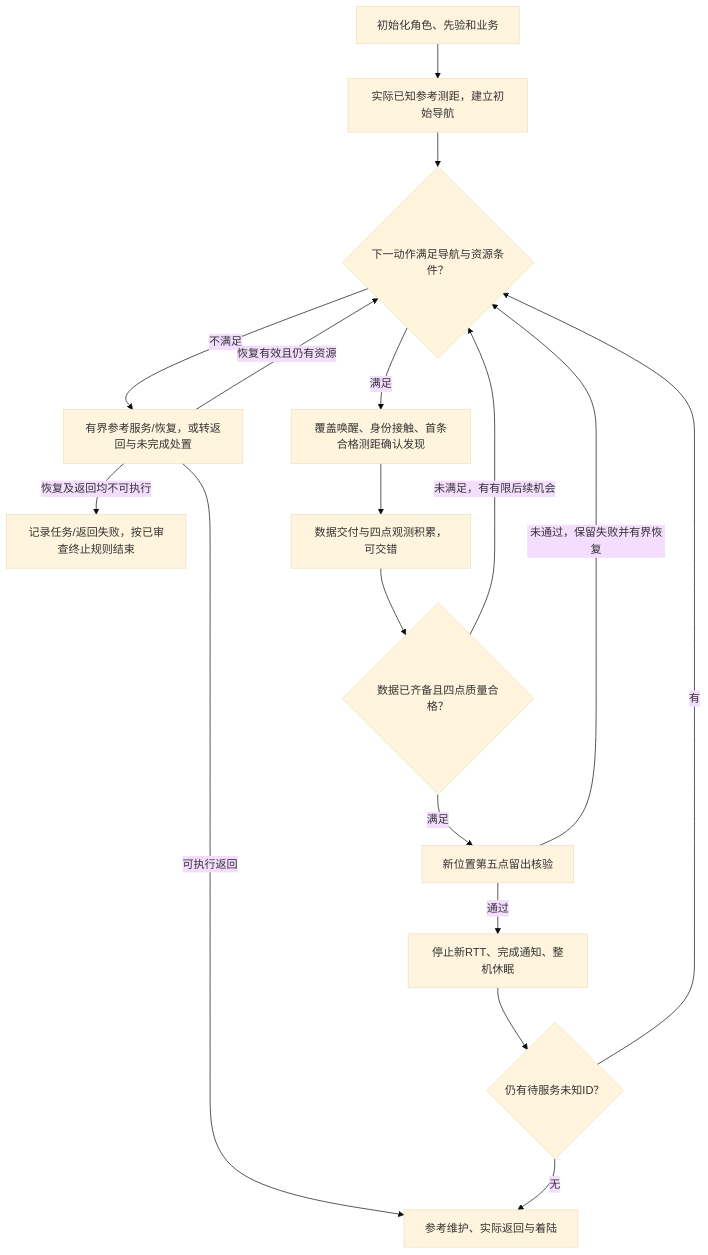
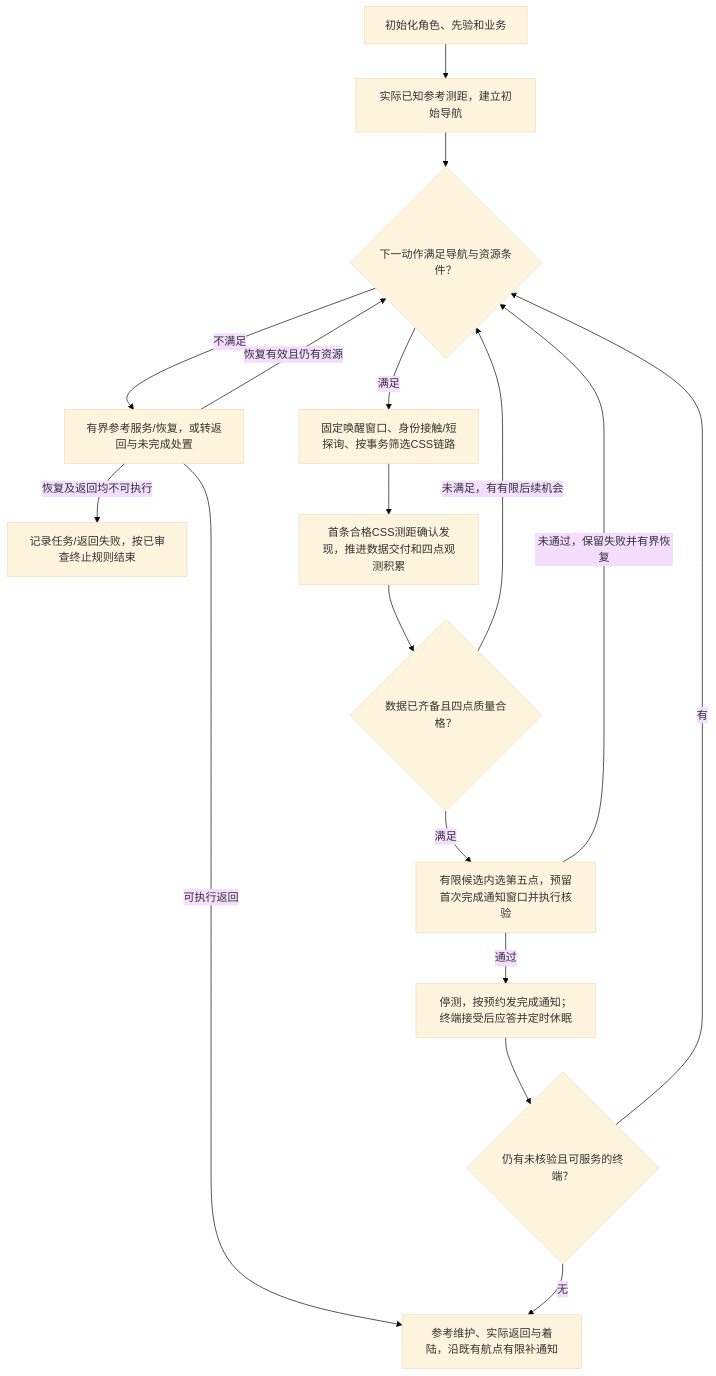
Before and after one commit to new-substance/UAV_code_for_graduate_xyb: the diagram in 论文总纲.md, drawn with Mermaid (base theme). The commit also changed other lines of this file and 2 other files, not shown here.

````diff
--- a/论文总纲.md
+++ b/论文总纲.md
@@ -348,19 +350,19 @@
 ```mermaid
 flowchart TD
     A["初始化角色、先验和业务"] --> B["实际已知参考测距，建立初始导航"]
     B --> C{"下一动作满足导航与资源条件？"}
-    C -->|满足| D["覆盖唤醒、身份接触、首条合格测距确认发现"]
+    C -->|满足| D["固定唤醒窗口、身份接触/短探询、按事务筛选CSS链路"]
     C -->|不满足| R["有界参考服务/恢复，或转返回与未完成处置"]
     R -->|恢复有效且仍有资源| C
-    R -->|可执行返回| H["参考维护、实际返回与着陆"]
+    R -->|可执行返回| H["参考维护、实际返回与着陆，沿既有航点有限补通知"]
     R -->|恢复及返回均不可执行| X["记录任务/返回失败，按已审查终止规则结束"]
-    D --> E["数据交付与四点观测积累，可交错"]
+    D --> E["首条合格CSS测距确认发现，推进数据交付和四点观测积累"]
     E --> F{"数据已齐备且四点质量合格？"}
     F -->|未满足，有有限后续机会| C
-    F -->|满足| G["新位置第五点留出核验"]
+    F -->|满足| G["有限候选内选第五点，预留首次完成通知窗口并执行核验"]
     G -->|未通过，保留失败并有界恢复| C
-    G -->|通过| I["停止新RTT、完成通知、整机休眠"]
-    I --> J{"仍有待服务未知ID？"}
+    G -->|通过| I["停测，按预约发完成通知；终端接受后应答并定时休眠"]
+    I --> J{"仍有未核验且可服务的终端？"}
     J -->|有| C
     J -->|无| H
 ```
````
